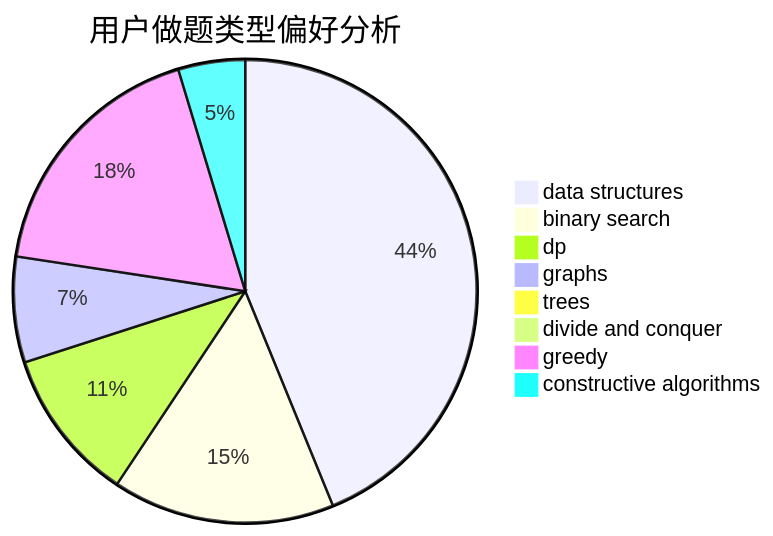
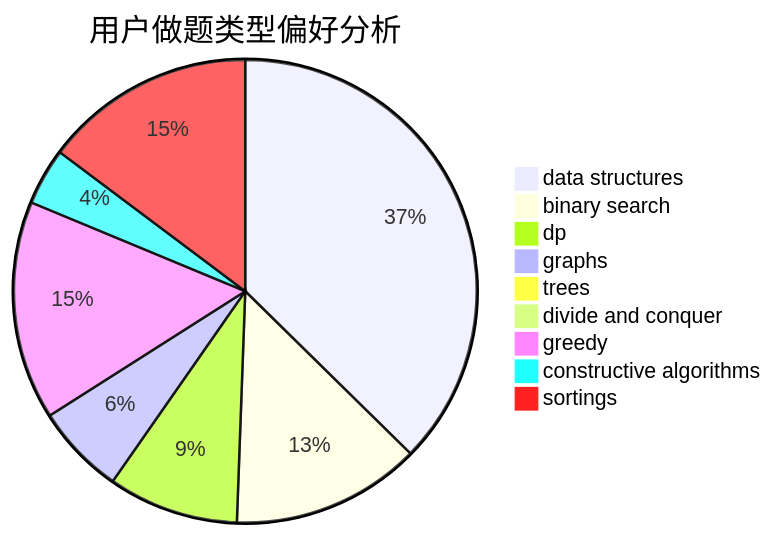
Before and after one commit to sherpahu/cfrs.github.io: the second of 3 diagrams in docs/user/u1676.md, drawn with Mermaid. The commit also changed other lines of this file and 2769 other files, not shown here.

````diff
--- a/docs/user/u1676.md
+++ b/docs/user/u1676.md
@@ -23,11 +18,12 @@
 ```mermaid
 pie title 用户做题类型偏好分析
     "data structures" :  291
     "binary search" :  103
     "dp" :  71
     "graphs" :  49
     "trees" :  1
     "divide and conquer" :  1
     "greedy" :  119
     "constructive algorithms" :  31
+    "sortings" :  115
 ```
````
